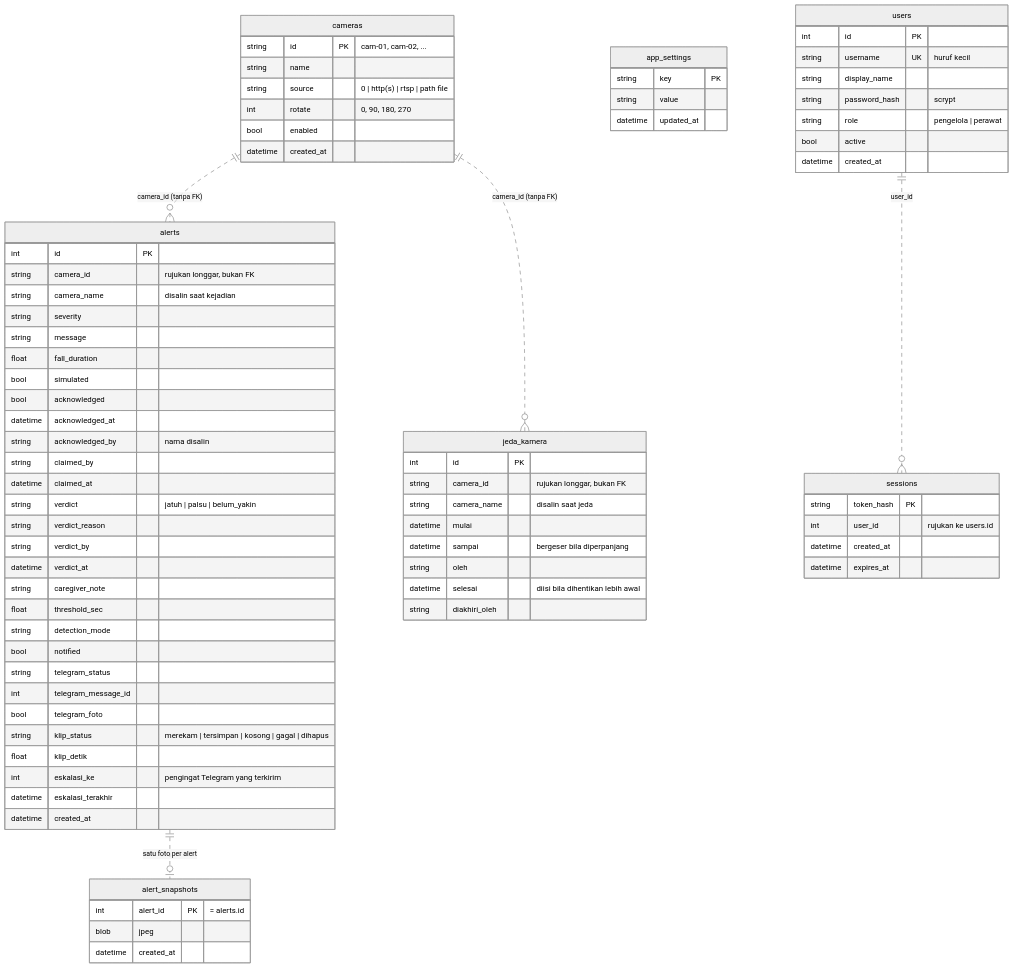
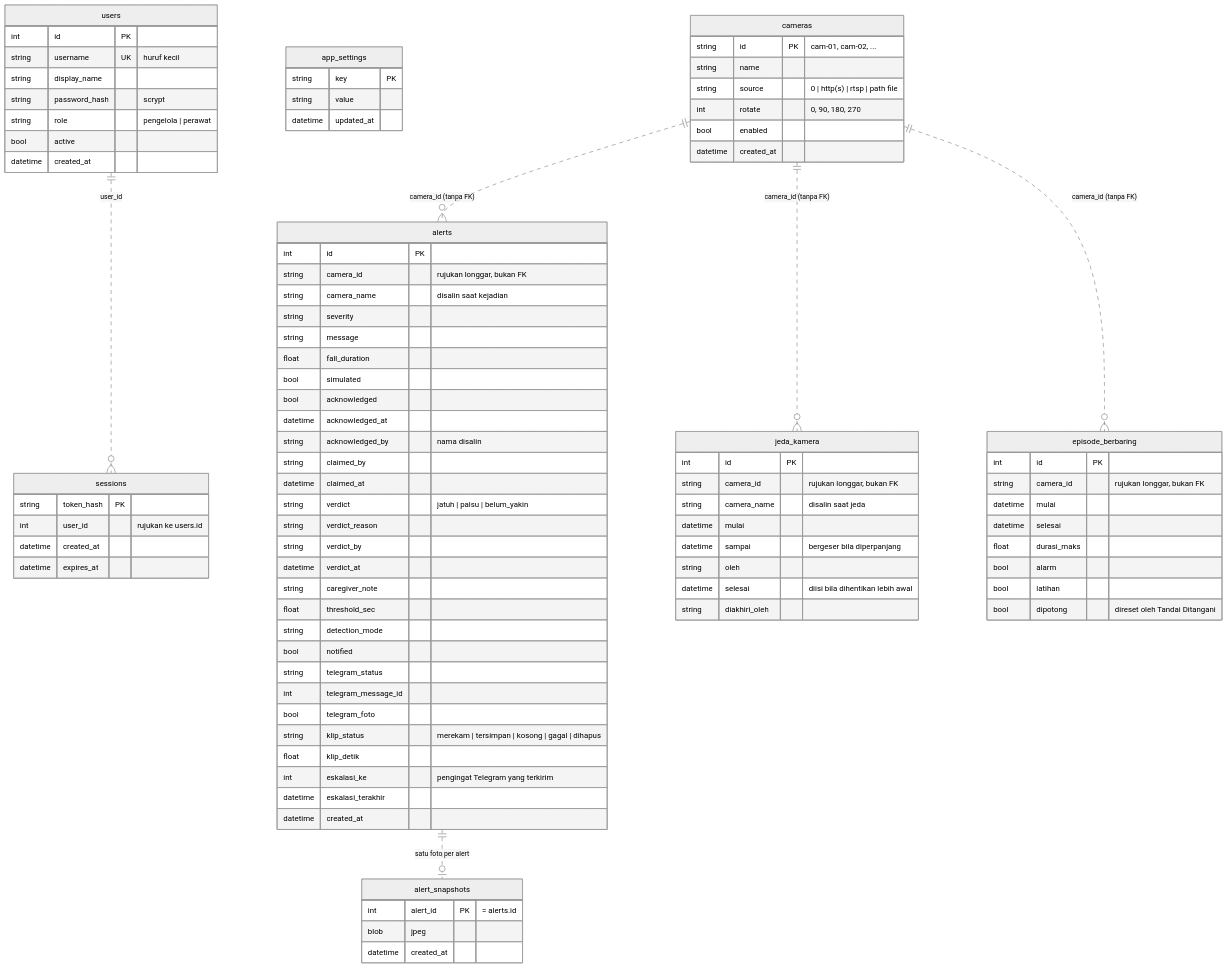
One commit to 0Raja0-RA/nursing-home-fall-detection changed the diagram in SCHEMA.md. Above: the diagram before and after it, drawn with Mermaid (neutral theme). The commit also changed other lines of this file and 14 other files, not shown here.

````diff
--- a/SCHEMA.md
+++ b/SCHEMA.md
@@ -75,6 +75,16 @@
         datetime created_at
         datetime expires_at
     }
+    episode_berbaring {
+        int id PK
+        string camera_id "rujukan longgar, bukan FK"
+        datetime mulai
+        datetime selesai
+        float durasi_maks
+        bool alarm
+        bool latihan
+        bool dipotong "direset oleh Tandai Ditangani"
+    }
     jeda_kamera {
         int id PK
         string camera_id "rujukan longgar, bukan FK"
@@ -89,4 +99,5 @@
     alerts ||..o| alert_snapshots : "satu foto per alert"
     users ||..o{ sessions : "user_id"
     cameras ||..o{ jeda_kamera : "camera_id (tanpa FK)"
+    cameras ||..o{ episode_berbaring : "camera_id (tanpa FK)"
 ```
````
